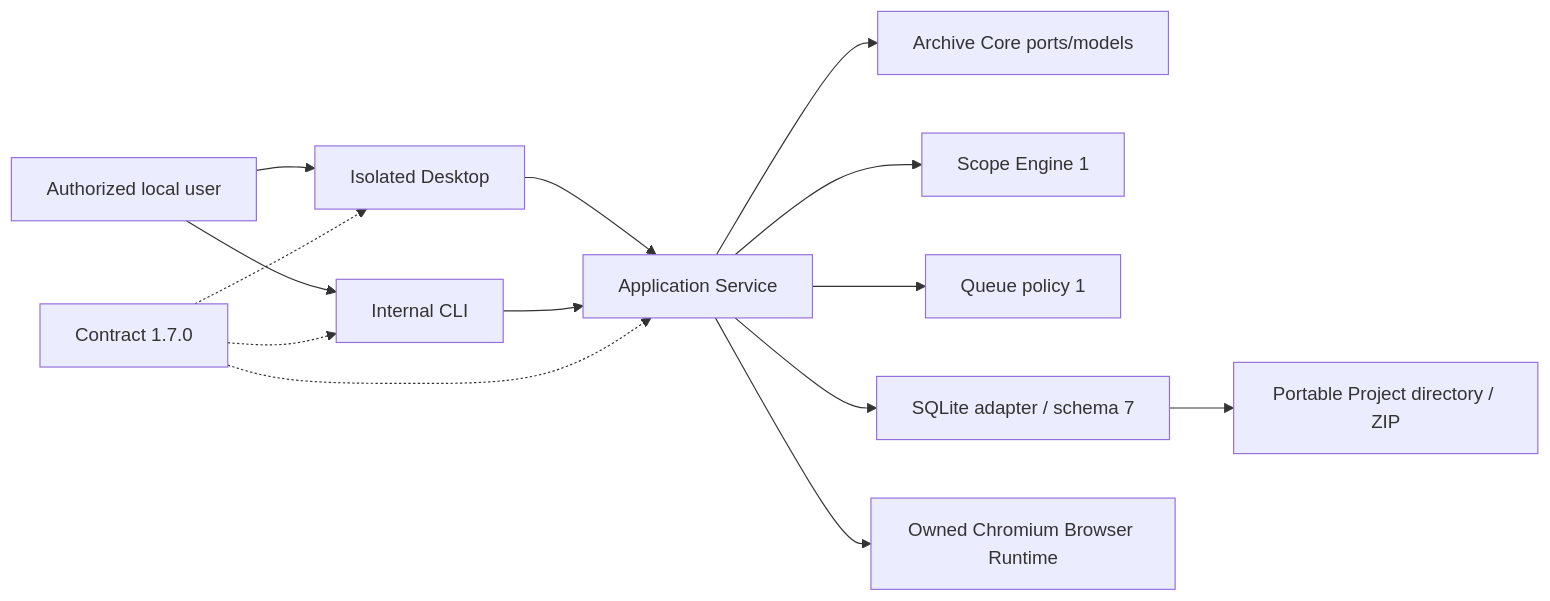
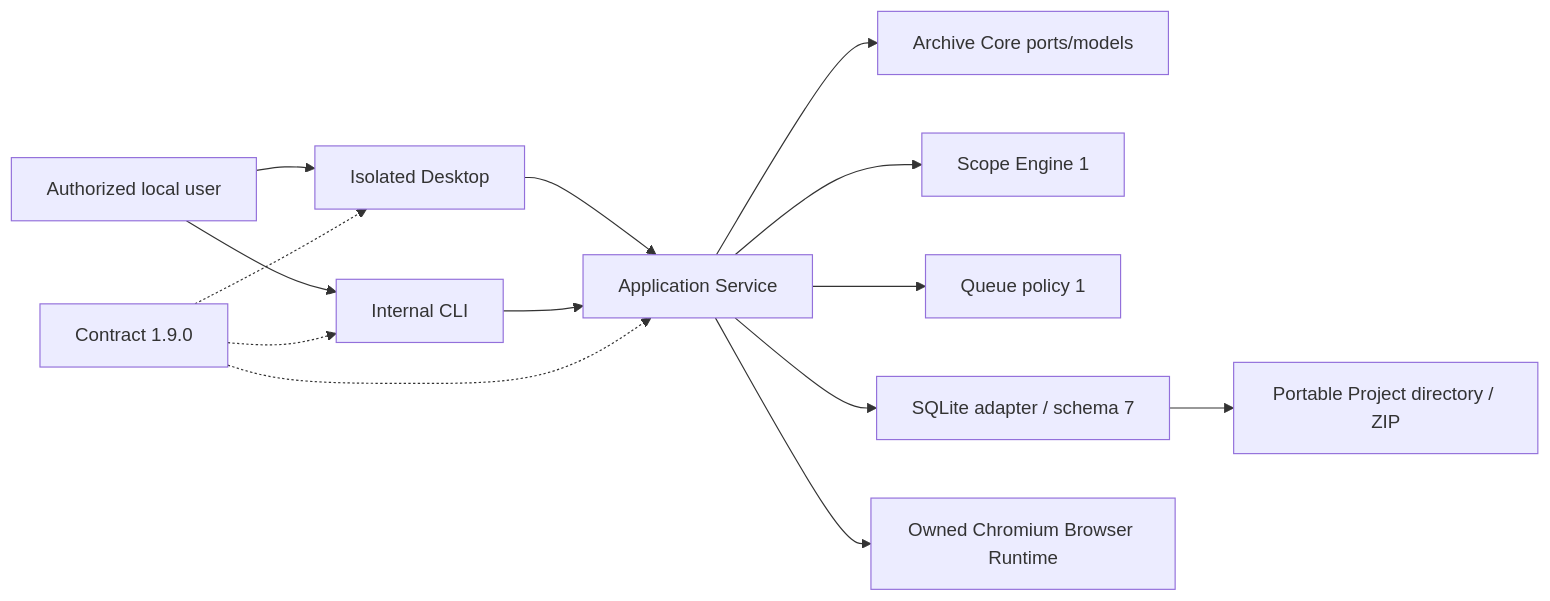
One commit to sasanzare/OfflineWebArchiver changed the diagram in docs/architecture/SYSTEM_CONTEXT.md. Above: the diagram before and after it, drawn with Mermaid. The commit also changed other lines of this file and 95 other files, not shown here.

First line of the commit message:
feat(phase-13): add post-phase-12 architecture hardening

````diff
--- a/docs/architecture/SYSTEM_CONTEXT.md
+++ b/docs/architecture/SYSTEM_CONTEXT.md
@@ -11,16 +11,16 @@
 ```mermaid
 flowchart LR
   User["Authorized local user"] --> Desktop["Isolated Desktop"]
   User --> CLI["Internal CLI"]
   Desktop --> Service["Application Service"]
   CLI --> Service
   Service --> Core["Archive Core ports/models"]
   Service --> Scope["Scope Engine 1"]
   Service --> Queue["Queue policy 1"]
   Service --> Persistence["SQLite adapter / schema 7"]
   Service --> Browser["Owned Chromium Browser Runtime"]
   Persistence --> Files["Portable Project directory / ZIP"]
-  Contracts["Contract 1.7.0"] -.-> Desktop
+  Contracts["Contract 1.9.0"] -.-> Desktop
   Contracts -.-> CLI
   Contracts -.-> Service
 ```
````
